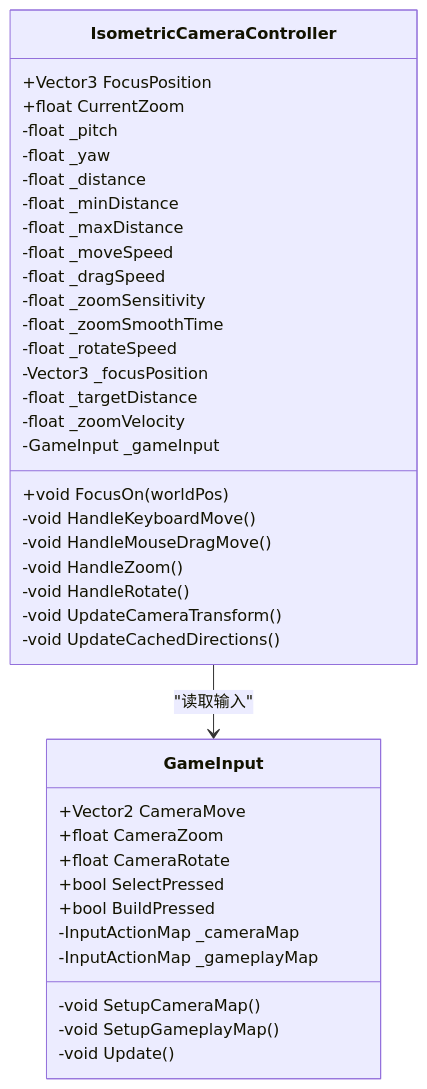
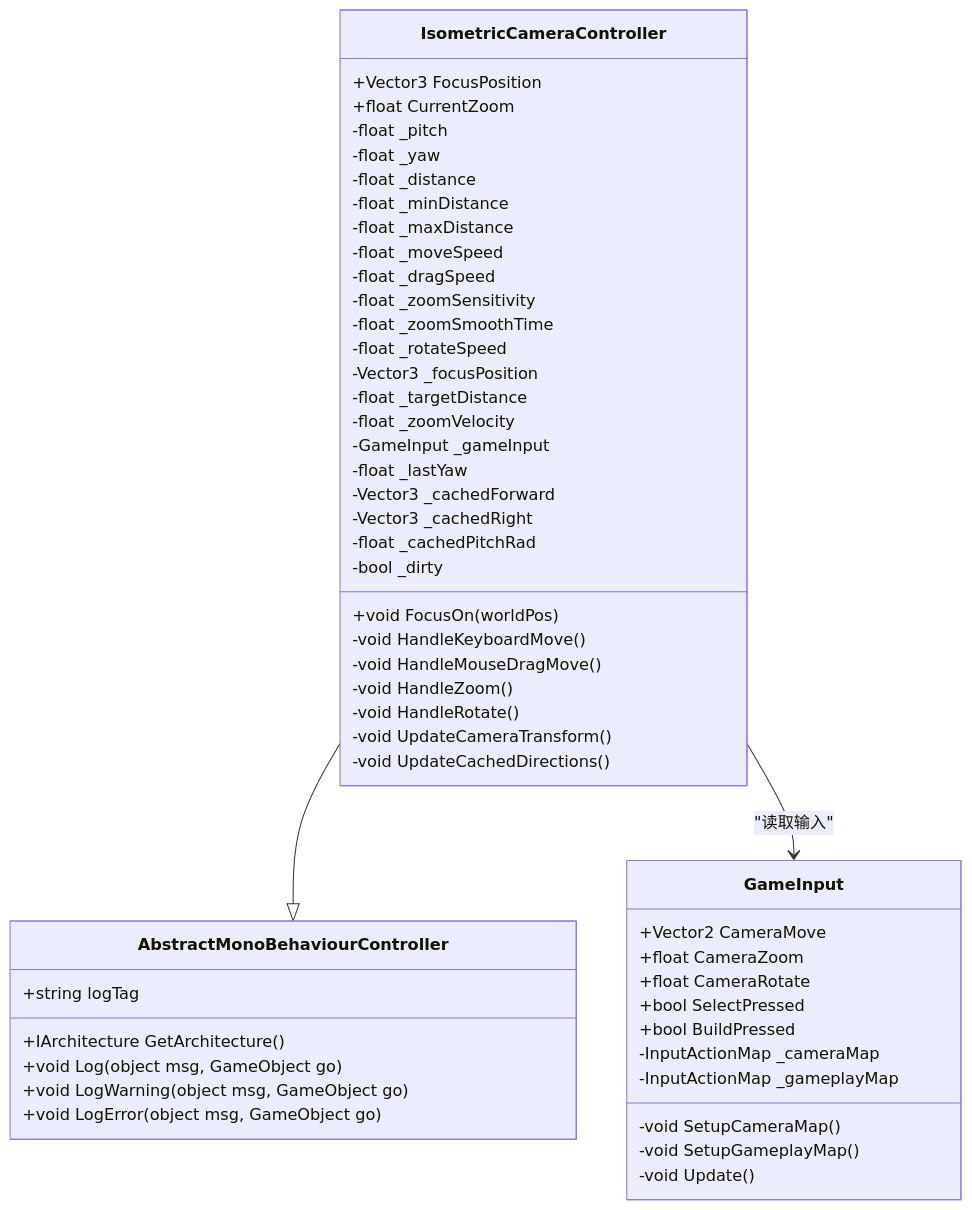
Before and after one commit to MOYVSH/SimulationClient: the third of 7 diagrams in .qoder/repowiki/zh/content/核心系统/等距相机系统.md, drawn with Mermaid. The commit also changed other lines of this file and 3095 other files, not shown here.

````diff
--- a/.qoder/repowiki/zh/content/核心系统/等距相机系统.md
+++ b/.qoder/repowiki/zh/content/核心系统/等距相机系统.md
@@ -106,41 +100,54 @@
 ```mermaid
 classDiagram
+class AbstractMonoBehaviourController {
++IArchitecture GetArchitecture()
++string logTag
++void Log(object msg, GameObject go)
++void LogWarning(object msg, GameObject go)
++void LogError(object msg, GameObject go)
+}
 class GameInput {
 +Vector2 CameraMove
 +float CameraZoom
 +float CameraRotate
 +bool SelectPressed
 +bool BuildPressed
 -InputActionMap _cameraMap
 -InputActionMap _gameplayMap
 -void SetupCameraMap()
 -void SetupGameplayMap()
 -void Update()
 }
 class IsometricCameraController {
 +Vector3 FocusPosition
 +float CurrentZoom
 +void FocusOn(worldPos)
 -float _pitch
 -float _yaw
 -float _distance
 -float _minDistance
 -float _maxDistance
 -float _moveSpeed
 -float _dragSpeed
 -float _zoomSensitivity
 -float _zoomSmoothTime
 -float _rotateSpeed
 -Vector3 _focusPosition
 -float _targetDistance
 -float _zoomVelocity
 -GameInput _gameInput
+-float _lastYaw
+-Vector3 _cachedForward
+-Vector3 _cachedRight
+-float _cachedPitchRad
+-bool _dirty
 -void HandleKeyboardMove()
 -void HandleMouseDragMove()
 -void HandleZoom()
 -void HandleRotate()
 -void UpdateCameraTransform()
 -void UpdateCachedDirections()
 }
+IsometricCameraController --|> AbstractMonoBehaviourController
 IsometricCameraController --> GameInput : "读取输入"
 ```
````
